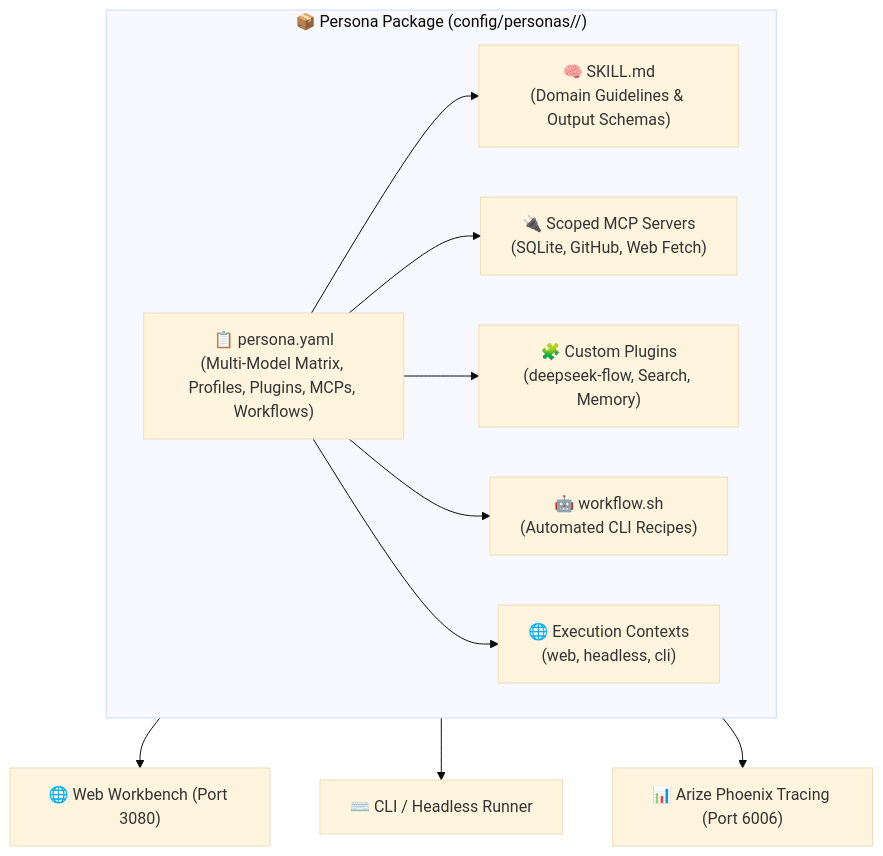
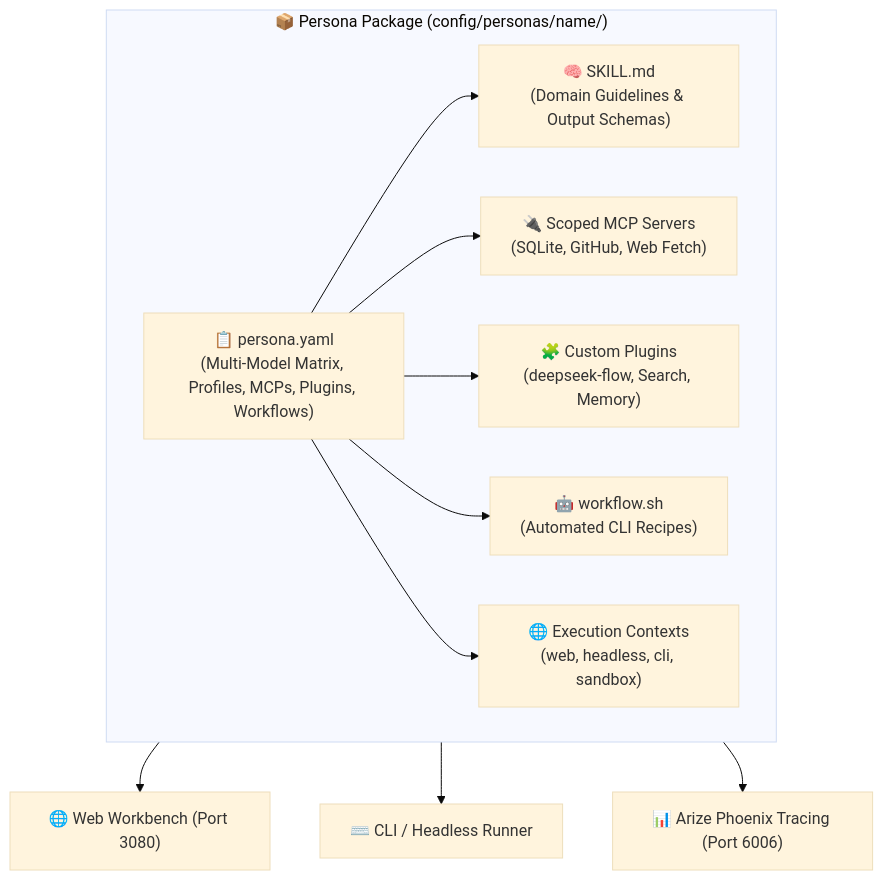
The first of 5 diagrams in docs/personas.md (hdjebar/DSH-DDS), drawn with Mermaid (base theme) before and after one commit. The commit also changed other lines of this file and 20 other files, not shown here.

Commit message:
fix(docs): fix sdmx-expert manifest, add normative persona schema, trust boundaries, rigorous citations, and unify 6-layer architecture

````diff
--- a/docs/personas.md
+++ b/docs/personas.md
@@ -17,21 +17,21 @@
 ```mermaid
 flowchart TD
-    subgraph Package ["📦 Persona Package (config/personas/<name>/)"]
-        MANIFEST["📋 persona.yaml\n(Multi-Model Matrix, Profiles, Plugins, MCPs, Workflows)"]
-        SKILL["🧠 SKILL.md\n(Domain Guidelines & Output Schemas)"]
-        WORKFLOW["🤖 workflow.sh\n(Automated CLI Recipes)"]
-        MCPS["🔌 Scoped MCP Servers\n(SQLite, GitHub, Web Fetch)"]
-        PLUGS["🧩 Custom Plugins\n(deepseek-flow, Search, Memory)"]
-        PROFILES["🌐 Execution Contexts\n(web, headless, cli)"]
+    subgraph Package ["📦 Persona Package (config/personas/name/)"]
+        MANIFEST["📋 persona.yaml<br/>(Multi-Model Matrix, Profiles, MCPs, Plugins, Workflows)"]
+        SKILL["🧠 SKILL.md<br/>(Domain Guidelines & Output Schemas)"]
+        WORKFLOW["🤖 workflow.sh<br/>(Automated CLI Recipes)"]
+        MCPS["🔌 Scoped MCP Servers<br/>(SQLite, GitHub, Web Fetch)"]
+        PLUGS["🧩 Custom Plugins<br/>(deepseek-flow, Search, Memory)"]
+        PROFILES["🌐 Execution Contexts<br/>(web, headless, cli, sandbox)"]
     end
 
     MANIFEST --> SKILL
     MANIFEST --> MCPS
     MANIFEST --> PLUGS
     MANIFEST --> WORKFLOW
     MANIFEST --> PROFILES
     
     Package --> WEB["🌐 Web Workbench (Port 3080)"]
     Package --> CLI["⌨️ CLI / Headless Runner"]
     Package --> PHOENIX["📊 Arize Phoenix Tracing (Port 6006)"]
 ```
````
